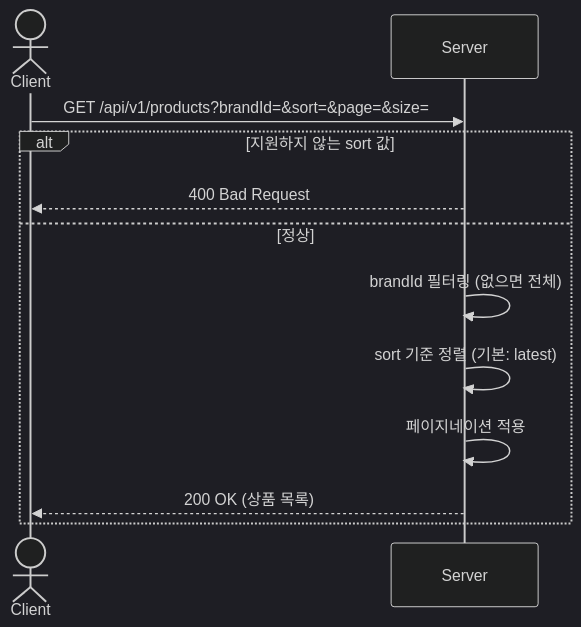
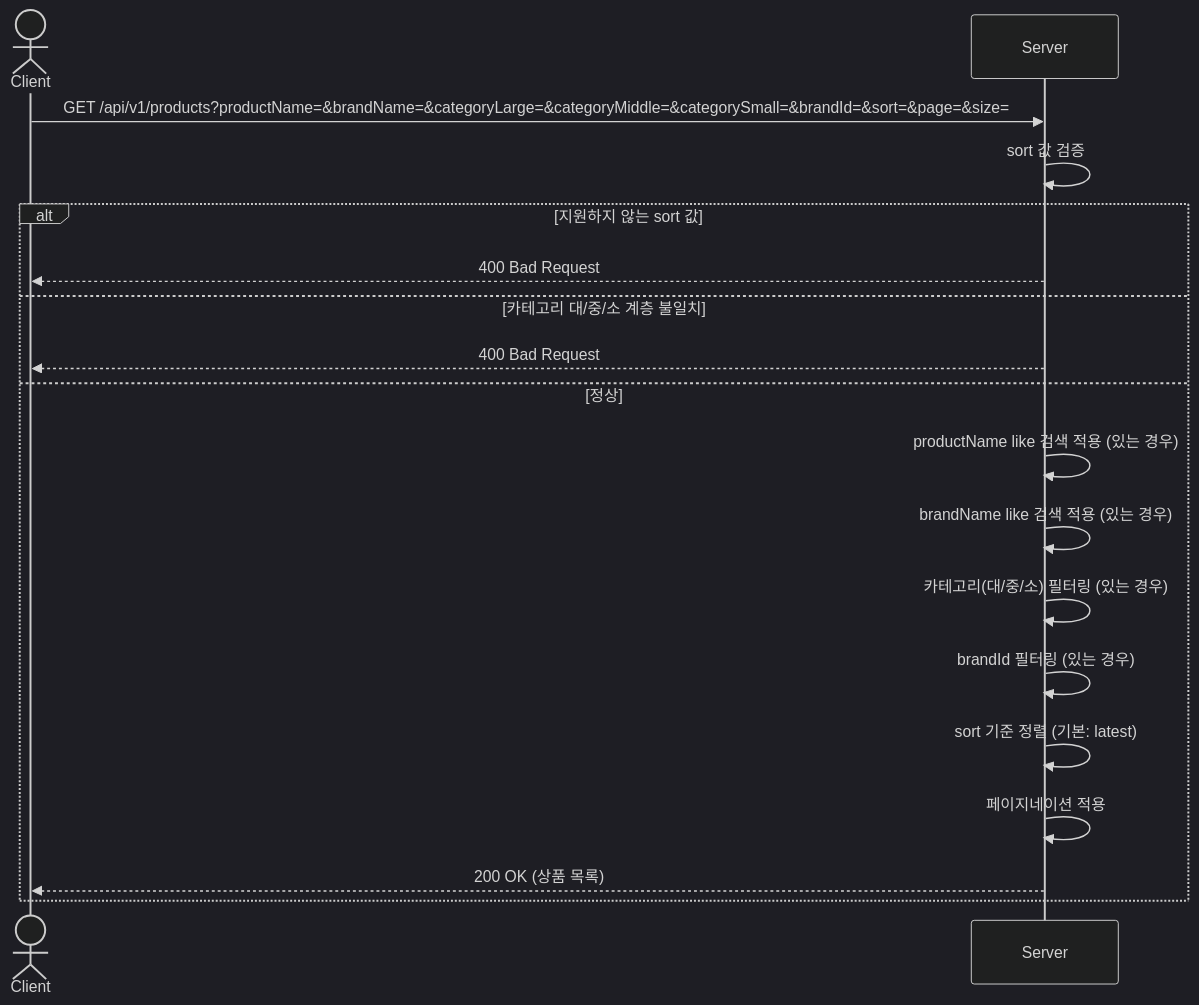
One commit to loopers-labs/loop-pack-be-l2-vol4-java changed the second of 23 diagrams in .docs/design/sequence-diagrams.md. Above: the diagram before and after it, drawn with Mermaid (dark theme). The commit also changed other lines of this file and 1 other file, not shown here.

````diff
--- a/.docs/design/sequence-diagrams.md
+++ b/.docs/design/sequence-diagrams.md
@@ -73,15 +34,21 @@
 ```mermaid
 sequenceDiagram
     actor Client
     participant Server
 
-    Client->>Server: GET /api/v1/products?brandId=&sort=&page=&size=
+    Client->>Server: GET /api/v1/products?productName=&brandName=&categoryLarge=&categoryMiddle=&categorySmall=&brandId=&sort=&page=&size=
+    Server->>Server: sort 값 검증
     alt 지원하지 않는 sort 값
         Server-->>Client: 400 Bad Request
+    else 카테고리 대/중/소 계층 불일치
+        Server-->>Client: 400 Bad Request
     else 정상
-        Server->>Server: brandId 필터링 (없으면 전체)
+        Server->>Server: productName like 검색 적용 (있는 경우)
+        Server->>Server: brandName like 검색 적용 (있는 경우)
+        Server->>Server: 카테고리(대/중/소) 필터링 (있는 경우)
+        Server->>Server: brandId 필터링 (있는 경우)
         Server->>Server: sort 기준 정렬 (기본: latest)
         Server->>Server: 페이지네이션 적용
         Server-->>Client: 200 OK (상품 목록)
     end
 ```
````
